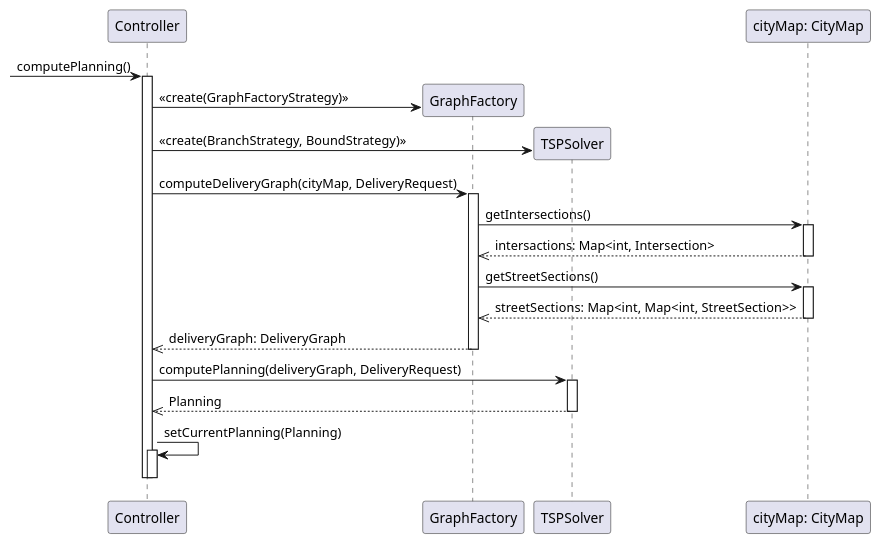
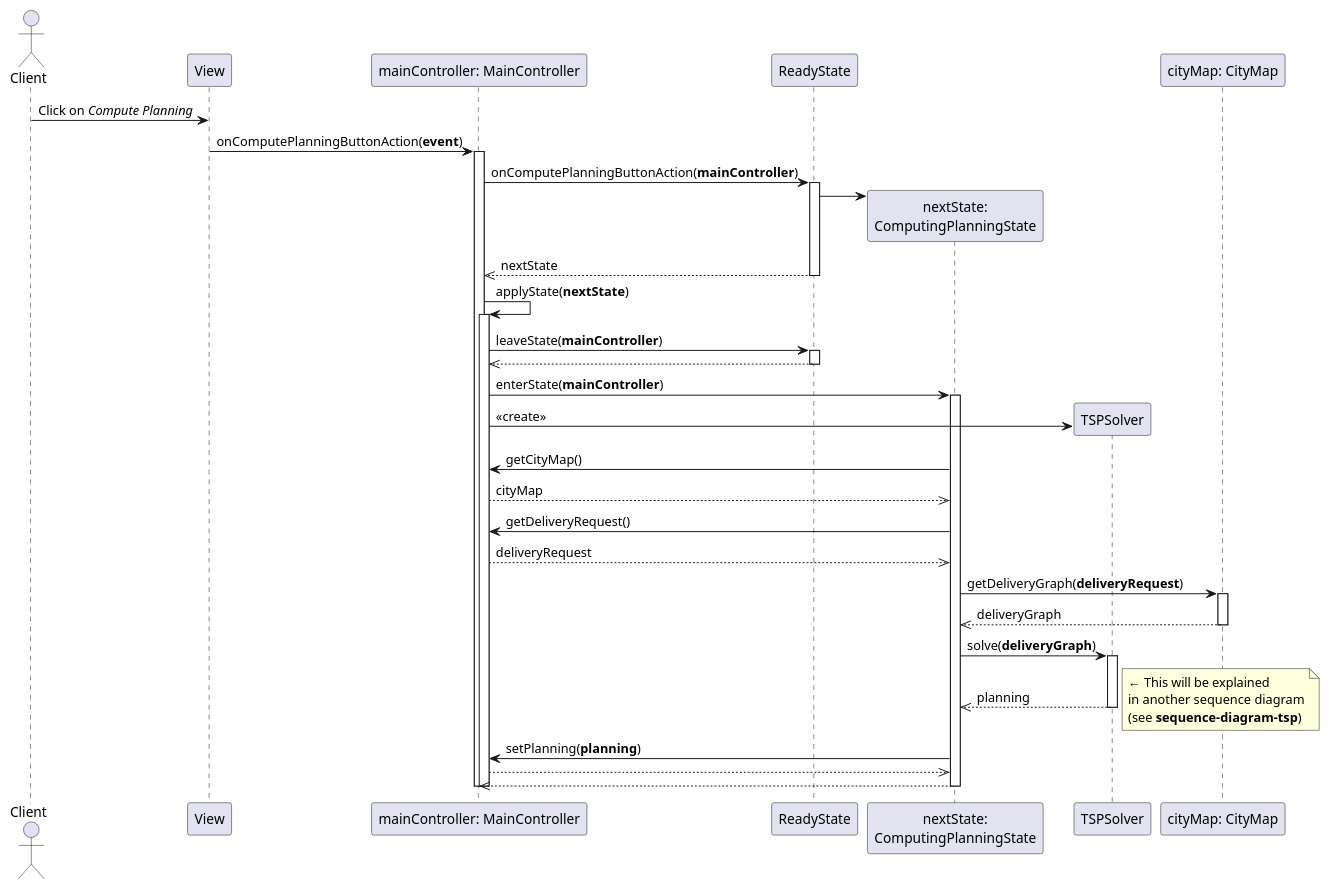
Before and after one commit to if-h4102/pld-agile: the diagram in docs/uml/sequence-diagram-planning.puml, drawn with PlantUML.

Commit message:
Added Planning sequence diagram

```diff
--- a/docs/uml/sequence-diagram-planning.puml
+++ b/docs/uml/sequence-diagram-planning.puml
@@ -1,49 +1,58 @@
 @startuml
-participant "Controller" as Ctrl
-participant "GraphFactory" as GF
-participant "TSPSolver" as TSPS
+actor Client as Cli
+participant View as V
+participant "mainController: MainController" as C
+participant ReadyState as RS
+participant "nextState:\nComputingPlanningState" as CPS
+participant TSPSolver as TSP
 participant "cityMap: CityMap" as CM
 
+Cli -> V : Click on //Compute Planning//
+V -> C : onComputePlanningButtonAction(**event**)
+activate C
+C -> RS : onComputePlanningButtonAction(**mainController**)
+activate RS
 
-[-> Ctrl: computePlanning()
-activate Ctrl
+create CPS
+RS -> CPS
+C <<-- RS: nextState
+deactivate RS
 
-'Instanciate with a strategy
-create GF
-Ctrl -> GF: <<create(GraphFactoryStrategy)>>
-'Instanciate with a strategy
-create TSPS
-Ctrl -> TSPS: <<create(BranchStrategy, BoundStrategy)>>
+C -> C: applyState(**nextState**)
+activate C
+C -> RS: leaveState(**mainController**)
+activate RS
+C <<-- RS
+deactivate RS
 
+C -> CPS: enterState(**mainController**)
+activate CPS
+    create TSP
+    C -> TSP: <<create>>
 
-Ctrl -> GF: computeDeliveryGraph(cityMap, DeliveryRequest)
-activate GF
+    C <- CPS: getCityMap()
+    C -->> CPS: cityMap
+    C <- CPS: getDeliveryRequest()
+    C -->> CPS: deliveryRequest
 
-GF -> CM: getIntersections()
-activate CM
-GF <<-- CM: intersactions: Map<int, Intersection>
-deactivate CM
+    CPS -> CM: getDeliveryGraph(**deliveryRequest**)
+    activate CM
 
-GF -> CM: getStreetSections()
-activate CM
-GF <<-- CM: streetSections: Map<int,  Map<int, StreetSection>>
-deactivate CM
+    CPS <<-- CM: deliveryGraph
+    deactivate CM
 
-Ctrl <<-- GF: deliveryGraph: DeliveryGraph
-deactivate GF
+    CPS -> TSP: solve(**deliveryGraph**)
+    activate TSP
+    CPS <<-- TSP: planning
+    note right: ← This will be explained\nin another sequence diagram\n(see **sequence-diagram-tsp**)
+    deactivate TSP
 
+    C <- CPS: setPlanning(**planning**)
+    C -->> CPS
 
-Ctrl -> TSPS: computePlanning(deliveryGraph, DeliveryRequest)
-activate TSPS
-Ctrl <<-- TSPS: Planning
-deactivate TSPS
-
-
-
-Ctrl -> Ctrl: setCurrentPlanning(Planning)
-activate Ctrl
-deactivate Ctrl
-
-deactivate Ctrl
+    C <<-- CPS
+deactivate CPS
+deactivate C
+deactivate C
 
 @enduml
```
